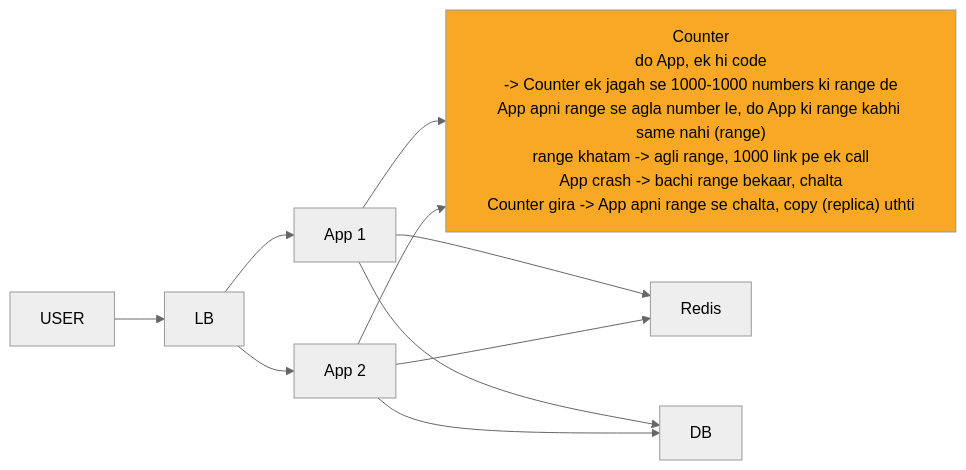
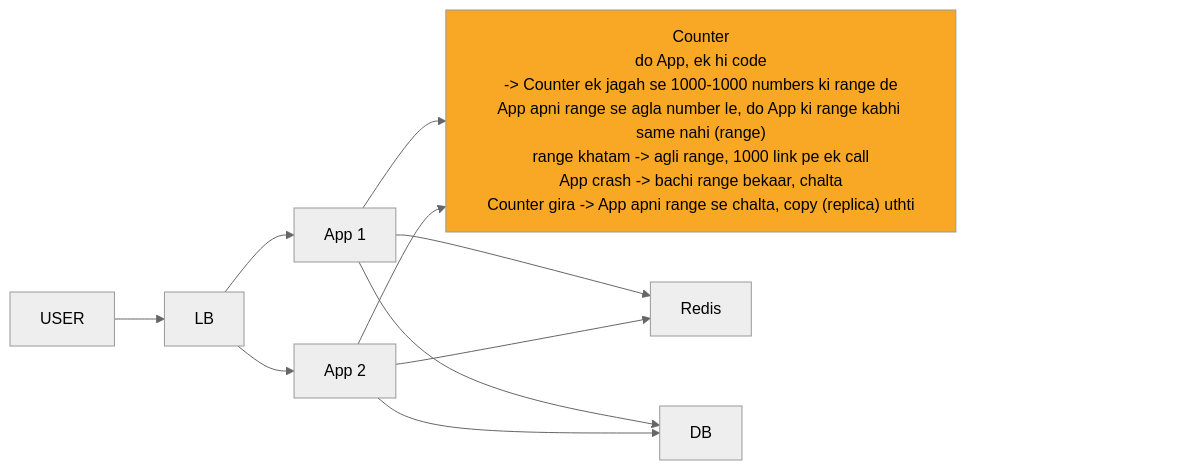
Before and after one commit to ArpanMaheshwari144/Prep: the fourth of 10 diagrams in 04_HLD/SYSTEM_DESIGNS/01_url_shortener/01_url_shortener.md, drawn with Mermaid (neutral theme). The commit also changed other lines of this file and 13 other files, not shown here.

Commit message:
hld 14 file: har diagram ke daayein andekha dabba, zoom button asli dabbe pe na aaye

````diff
--- a/04_HLD/SYSTEM_DESIGNS/01_url_shortener/01_url_shortener.md
+++ b/04_HLD/SYSTEM_DESIGNS/01_url_shortener/01_url_shortener.md
@@ -188,21 +197,24 @@
 ```mermaid
 %%{init: {"flowchart": {"wrappingWidth": 450}}}%%
 flowchart LR
     n_USER["USER"]
     n_LB["LB"]
     n_App_x_N_1["App 1"]
     n_App_x_N_2["App 2"]
     n_Counter["Counter<br/>do App, ek hi code<br/>-> Counter ek jagah se 1000-1000 numbers ki range de<br/>App apni range se agla number le, do App ki range kabhi same nahi (range)<br/>range khatam -> agli range, 1000 link pe ek call<br/>App crash -> bachi range bekaar, chalta<br/>Counter gira -> App apni range se chalta, copy (replica) uthti"]
     n_Redis["Redis"]
     n_DB["DB"]
     n_USER --> n_LB
     n_LB --> n_App_x_N_1
     n_LB --> n_App_x_N_2
     n_App_x_N_1 --> n_Counter
     n_App_x_N_2 --> n_Counter
     n_App_x_N_1 --> n_Redis
     n_App_x_N_2 --> n_Redis
     n_App_x_N_1 --> n_DB
     n_App_x_N_2 --> n_DB
+    n_pad["xxxxxxxxxxxxxxxx"]
+    n_Counter ~~~ n_pad
     style n_Counter fill:#f9a825,color:#000
+    style n_pad fill:none,stroke:none,color:#ffffff00
 ```
````
